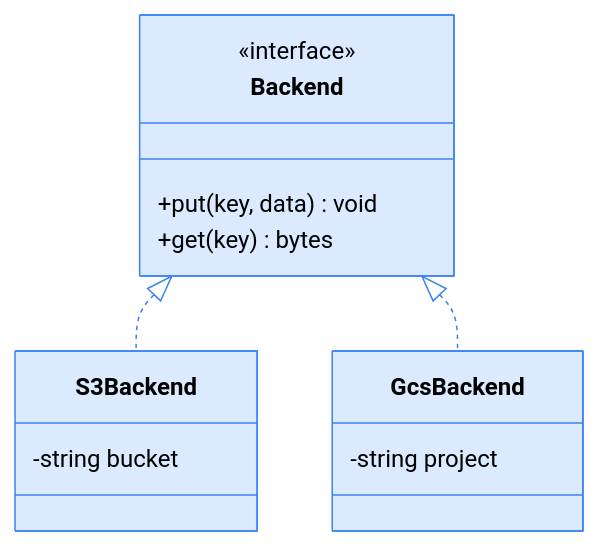
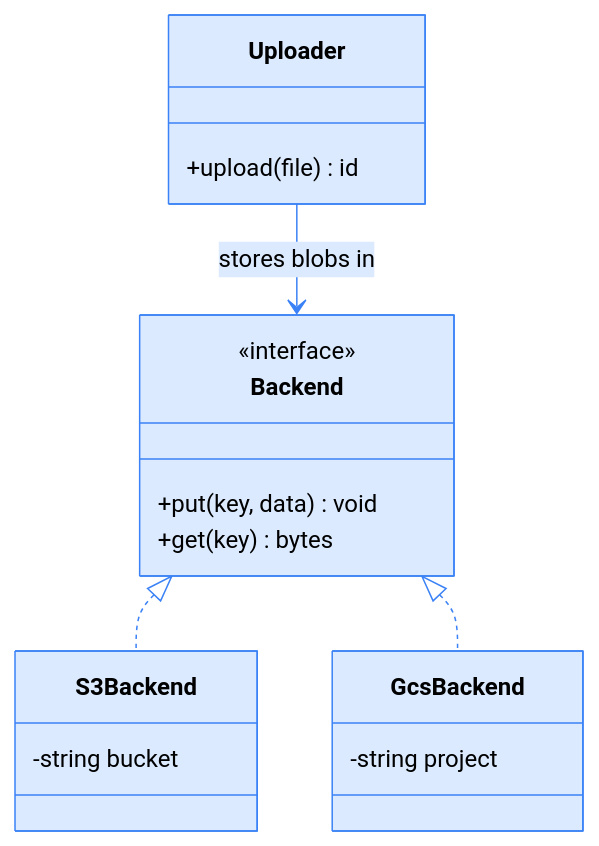
One commit to karczews/skills changed the fourth of 5 diagrams in docs/diagramize/preview.md. Above: the diagram before and after it, drawn with Mermaid. The commit also changed other lines of this file and 14 other files, not shown here.

````diff
--- a/docs/diagramize/preview.md
+++ b/docs/diagramize/preview.md
@@ -107,34 +118,39 @@
 ```mermaid
 ---
 config:
   theme: "base"
   look: "classic"
   themeVariables:
     darkMode: false
     primaryColor: "#dbeafe"
     primaryBorderColor: "#3b82f6"
     primaryTextColor: "#000000"
     textColor: "#000000"
     lineColor: "#3b82f6"
     edgeLabelBackground: "#dbeafe"
     actorTextColor: "#000000"
     noteTextColor: "#000000"
     signalColor: "#3b82f6"
-    signalTextColor: "#2563eb"
+    signalTextColor: "#3574e9"
+    loopTextColor: "#3574e9"
   themeCSS: ".labelBkg { background-color: #dbeafe; }"
 ---
 classDiagram
     class Backend {
         <<interface>>
         +put(key, data) void
         +get(key) bytes
     }
     class S3Backend {
         -string bucket
     }
     class GcsBackend {
         -string project
     }
     Backend <|.. S3Backend
     Backend <|.. GcsBackend
+    class Uploader {
+        +upload(file) id
+    }
+    Uploader --> Backend : stores blobs in
 ```
````
